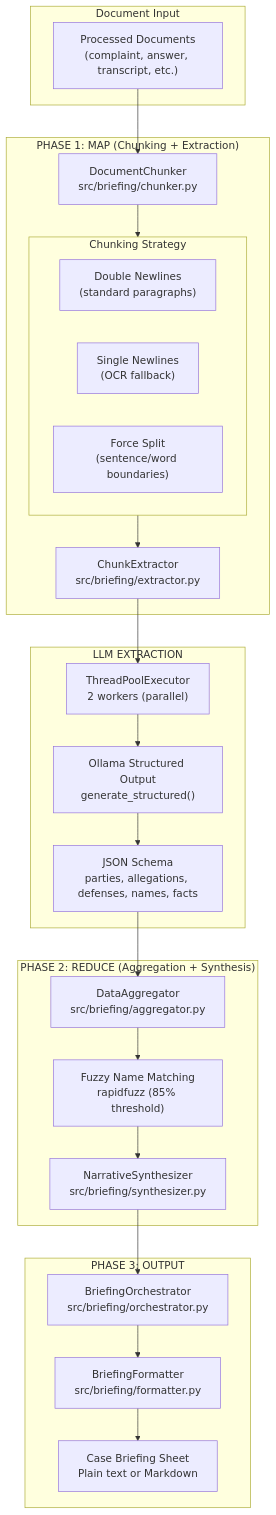
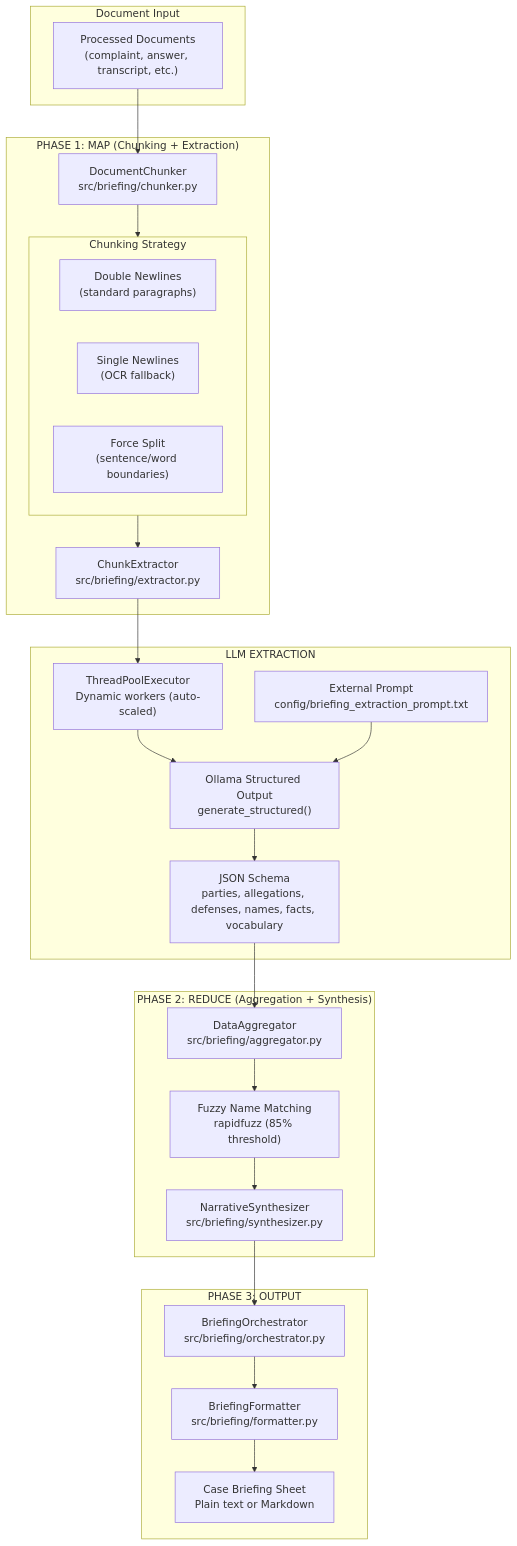
Before and after one commit to nono638/CaseSummarizer: diagram 12 of 20 in ARCHITECTURE.md, drawn with Mermaid. The commit also changed other lines of this file and 6 other files, not shown here.

First line of the commit message:
feat: Few-shot prompting for Case Briefing extraction (Session 42 Part 3)

````diff
--- a/ARCHITECTURE.md
+++ b/ARCHITECTURE.md
@@ -565,51 +565,53 @@
 ```mermaid
 flowchart TB
     subgraph Input["Document Input"]
         Docs["Processed Documents<br/>(complaint, answer, transcript, etc.)"]
     end
 
     subgraph Phase1["PHASE 1: MAP (Chunking + Extraction)"]
         Chunker["DocumentChunker<br/>src/briefing/chunker.py"]
         Extractor["ChunkExtractor<br/>src/briefing/extractor.py"]
 
         subgraph ChunkingStrategy["Chunking Strategy"]
             DoubleNL["Double Newlines<br/>(standard paragraphs)"]
             SingleNL["Single Newlines<br/>(OCR fallback)"]
             ForceSplit["Force Split<br/>(sentence/word boundaries)"]
         end
 
         Chunker --> ChunkingStrategy
         ChunkingStrategy --> Extractor
     end
 
     subgraph LLM["LLM EXTRACTION"]
         OllamaStructured["Ollama Structured Output<br/>generate_structured()"]
-        JSONSchema["JSON Schema<br/>parties, allegations, defenses, names, facts"]
-        Parallel["ThreadPoolExecutor<br/>2 workers (parallel)"]
+        JSONSchema["JSON Schema<br/>parties, allegations, defenses, names, facts, vocabulary"]
+        Parallel["ThreadPoolExecutor<br/>Dynamic workers (auto-scaled)"]
+        PromptFile["External Prompt<br/>config/briefing_extraction_prompt.txt"]
 
         Extractor --> Parallel
         Parallel --> OllamaStructured
+        PromptFile --> OllamaStructured
         OllamaStructured --> JSONSchema
     end
 
     subgraph Phase2["PHASE 2: REDUCE (Aggregation + Synthesis)"]
         Aggregator["DataAggregator<br/>src/briefing/aggregator.py"]
         FuzzyMatch["Fuzzy Name Matching<br/>rapidfuzz (85% threshold)"]
         Synthesizer["NarrativeSynthesizer<br/>src/briefing/synthesizer.py"]
 
         JSONSchema --> Aggregator
         Aggregator --> FuzzyMatch
         FuzzyMatch --> Synthesizer
     end
 
     subgraph Phase3["PHASE 3: OUTPUT"]
         Orchestrator["BriefingOrchestrator<br/>src/briefing/orchestrator.py"]
         Formatter["BriefingFormatter<br/>src/briefing/formatter.py"]
         Output["Case Briefing Sheet<br/>Plain text or Markdown"]
     end
 
     Docs --> Chunker
     Synthesizer --> Orchestrator
     Orchestrator --> Formatter
     Formatter --> Output
 ```
````
